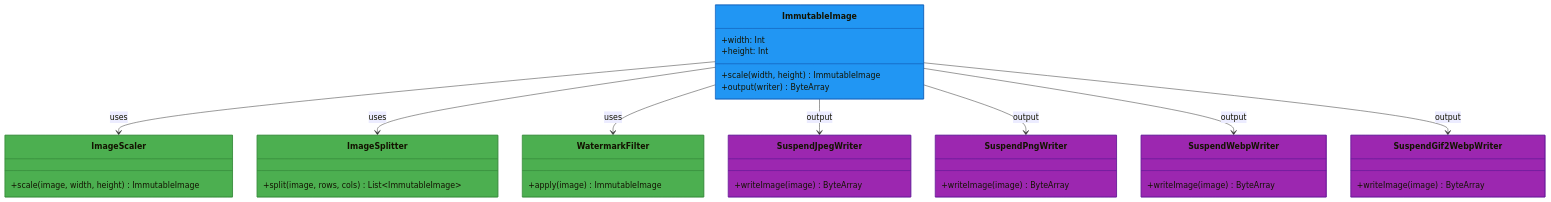
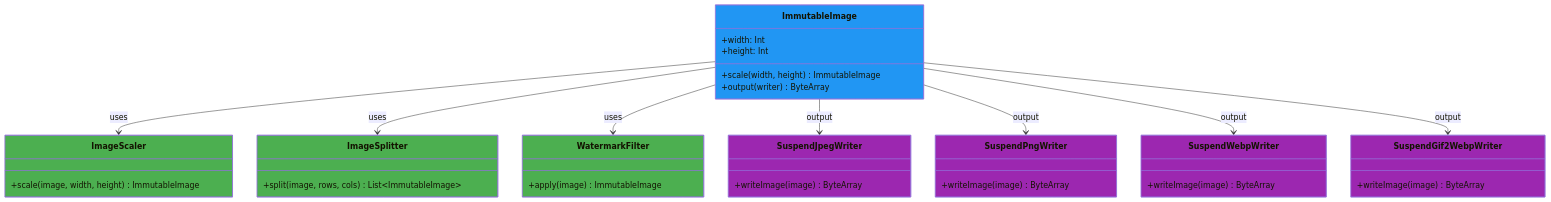
One commit to bluetape4k/bluetape4k-projects changed the second of 2 diagrams in utils/images/README.md. Above: the diagram before and after it, drawn with Mermaid. The commit also changed 94 other files, not shown here.

First line of the commit message:
docs: Mermaid classDef에서 stroke:#색상 제거 (파서 오류 수정)

````diff
--- a/utils/images/README.md
+++ b/utils/images/README.md
@@ -54,42 +54,42 @@
 ```mermaid
 classDiagram
     class ImmutableImage:::utilStyle {
         +width: Int
         +height: Int
         +scale(width, height) ImmutableImage
         +output(writer) ByteArray
     }
     class ImageScaler:::serviceStyle {
         +scale(image, width, height) ImmutableImage
     }
     class ImageSplitter:::serviceStyle {
         +split(image, rows, cols) List~ImmutableImage~
     }
     class WatermarkFilter:::serviceStyle {
         +apply(image) ImmutableImage
     }
     class SuspendJpegWriter:::asyncStyle {
         +writeImage(image) ByteArray
     }
     class SuspendPngWriter:::asyncStyle {
         +writeImage(image) ByteArray
     }
     class SuspendWebpWriter:::asyncStyle {
         +writeImage(image) ByteArray
     }
     class SuspendGif2WebpWriter:::asyncStyle {
         +writeImage(image) ByteArray
     }
 
     ImmutableImage --> ImageScaler : uses
     ImmutableImage --> ImageSplitter : uses
     ImmutableImage --> WatermarkFilter : uses
     ImmutableImage --> SuspendJpegWriter : output
     ImmutableImage --> SuspendPngWriter : output
     ImmutableImage --> SuspendWebpWriter : output
     ImmutableImage --> SuspendGif2WebpWriter : output
 
-    classDef utilStyle    fill:#2196F3,stroke:#1565C0
-    classDef serviceStyle fill:#4CAF50,stroke:#388E3C
-    classDef asyncStyle   fill:#9C27B0,stroke:#6A1B9A
+    classDef utilStyle    fill:#2196F3
+    classDef serviceStyle fill:#4CAF50
+    classDef asyncStyle   fill:#9C27B0
 ```
````
